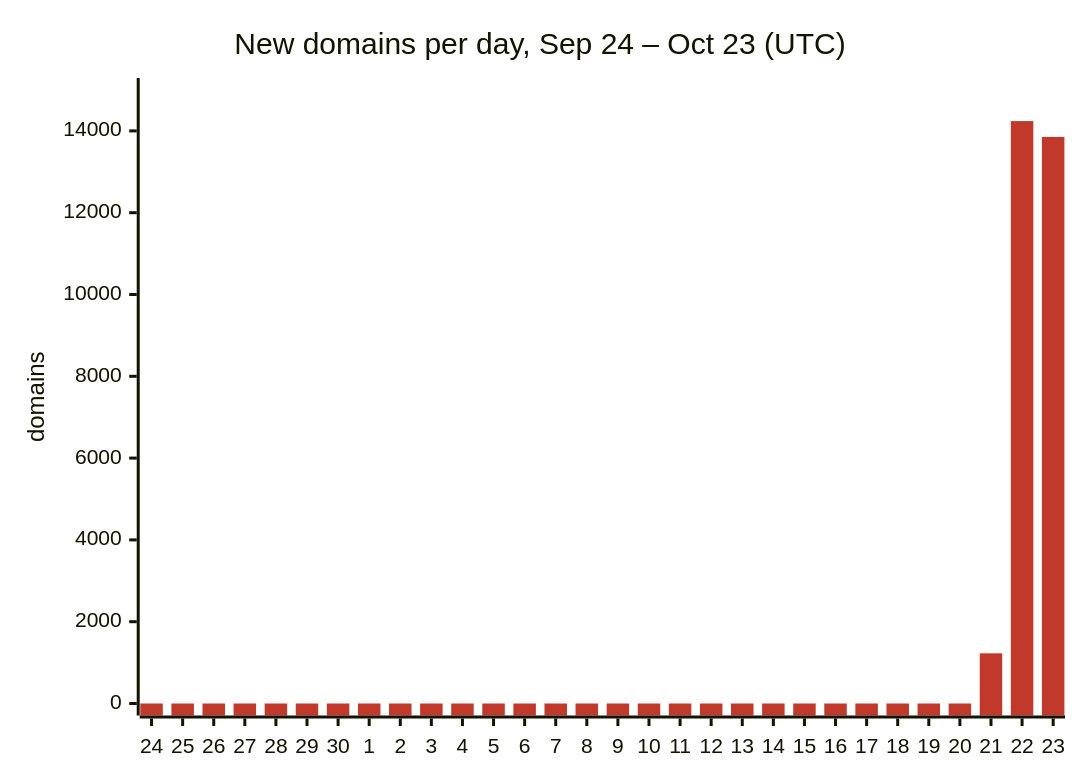
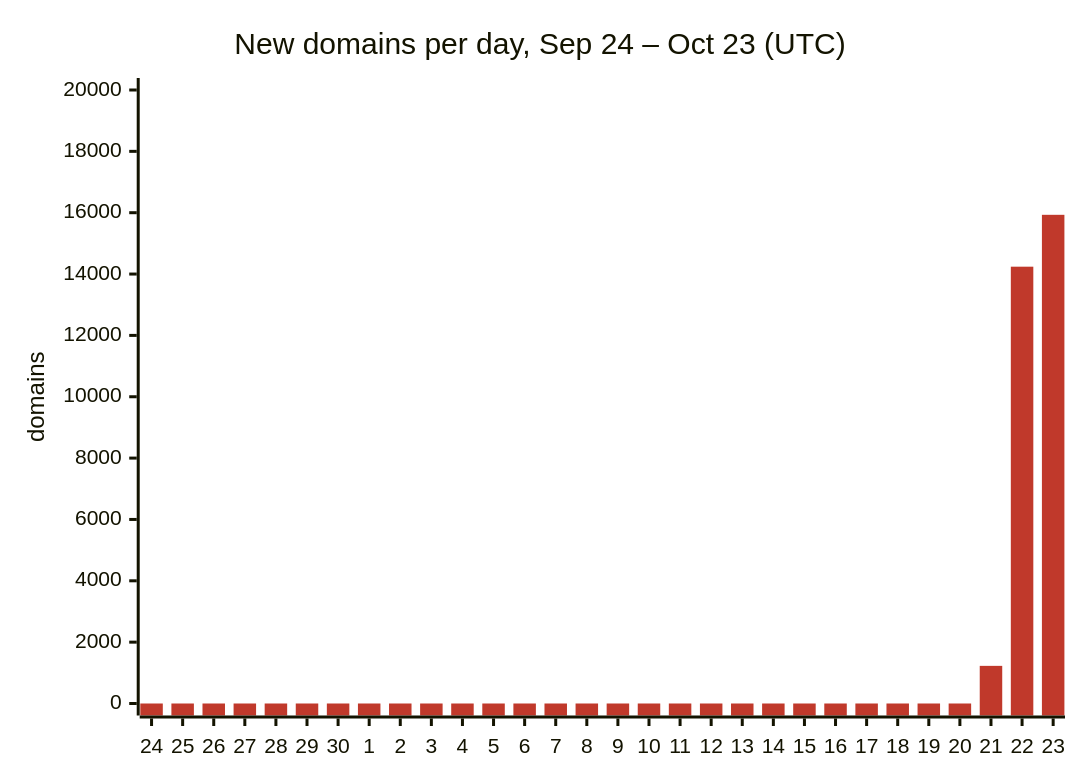
One commit to DNSBunker/CTI changed the first of 3 diagrams in README.md. Above: the diagram before and after it, drawn with Mermaid. The commit also changed other lines of this file and 3 other files, not shown here.

````diff
--- a/README.md
+++ b/README.md
@@ -29,8 +29,8 @@
 ```mermaid
 %%{init: {"themeVariables": {"xyChart": {"plotColorPalette": "#c0392b"}}}}%%
 xychart-beta
     title "New domains per day, Sep 24 – Oct 23 (UTC)"
     x-axis ["24", "25", "26", "27", "28", "29", "30", "1", "2", "3", "4", "5", "6", "7", "8", "9", "10", "11", "12", "13", "14", "15", "16", "17", "18", "19", "20", "21", "22", "23"]
-    y-axis "domains" 0 --> 15000
-    bar [0, 0, 0, 0, 0, 0, 0, 0, 0, 0, 0, 0, 0, 0, 0, 0, 0, 0, 0, 0, 0, 0, 0, 0, 0, 0, 0, 1227, 14240, 13853]
+    y-axis "domains" 0 --> 20000
+    bar [0, 0, 0, 0, 0, 0, 0, 0, 0, 0, 0, 0, 0, 0, 0, 0, 0, 0, 0, 0, 0, 0, 0, 0, 0, 0, 0, 1227, 14240, 15931]
 ```
````
